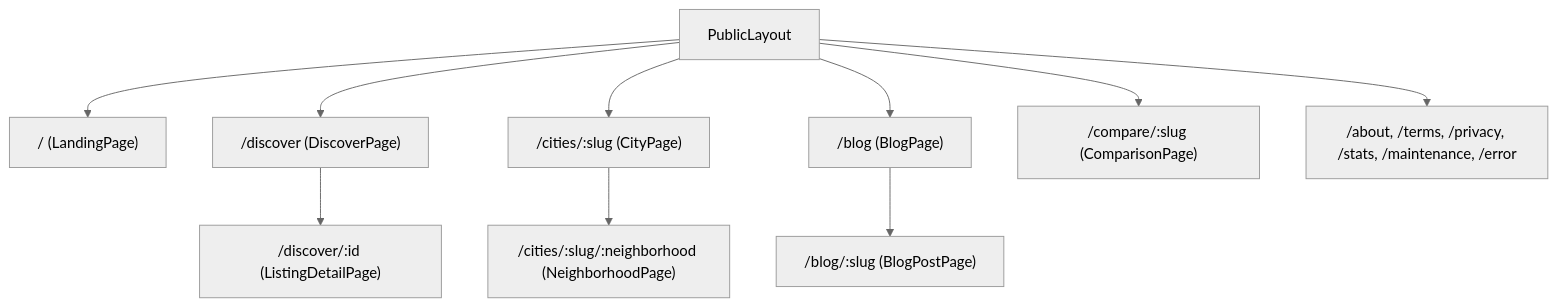
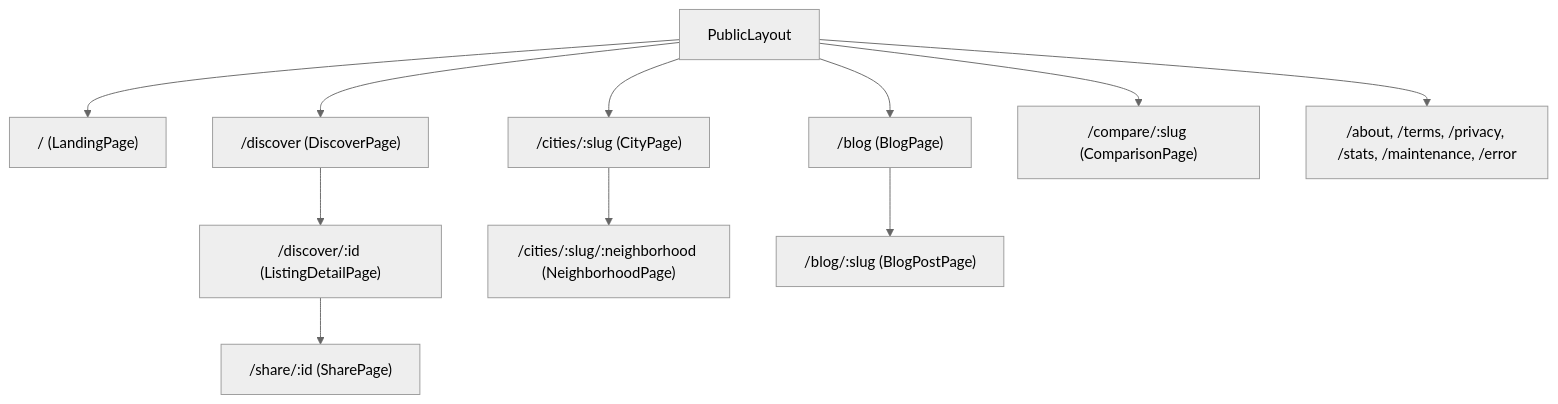
One commit to 360ghar/360-flatmates-web changed the diagram in .wiki/features/discover.md. Above: the diagram before and after it, drawn with Mermaid (neutral theme). The commit also changed other lines of this file and 51 other files, not shown here.

First line of the commit message:
fix: unimplemented web client features, share flow, notifications, and API cleanup

````diff
--- a/.wiki/features/discover.md
+++ b/.wiki/features/discover.md
@@ -11,12 +11,13 @@
 ```mermaid
 graph TD
     L["PublicLayout"] --> L0["/ (LandingPage)"]
     L --> D["/discover (DiscoverPage)"]
     D --> D1["/discover/:id (ListingDetailPage)"]
+    D1 --> S["/share/:id (SharePage)"]
     L --> C["/cities/:slug (CityPage)"]
     C --> N["/cities/:slug/:neighborhood (NeighborhoodPage)"]
     L --> B["/blog (BlogPage)"]
     B --> BP["/blog/:slug (BlogPostPage)"]
     L --> CP["/compare/:slug (ComparisonPage)"]
     L --> A["/about, /terms, /privacy, /stats, /maintenance, /error"]
 ```
````
